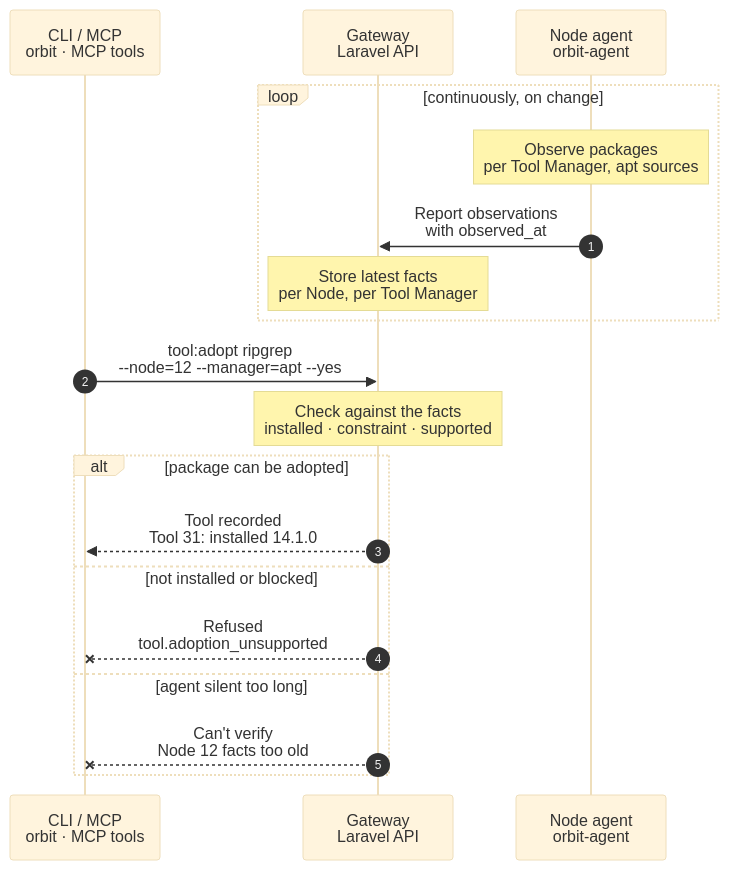
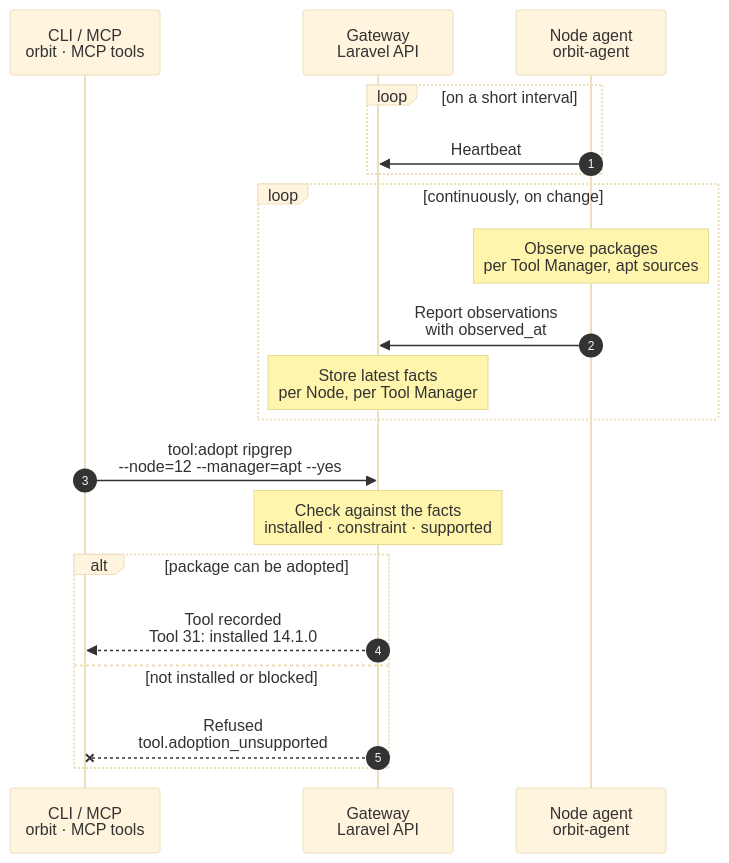
The diagram in docs/cli/tool/adopt.mmd (hardimpactdev/orbit), drawn with Mermaid (base theme) before and after one commit. The commit also changed 1 other file, not shown here.

Commit message:
docs(flows): doctor and tool:adopt report agent liveness
Nick 2026-11-02: no can't-verify branch. The agent heartbeat marks a Node
online or offline; doctor and tool:adopt always answer from Gateway state,
and mark findings possibly outdated while the agent is silent.

```diff
--- a/docs/cli/tool/adopt.mmd
+++ b/docs/cli/tool/adopt.mmd
@@ -1,64 +1,63 @@
 sequenceDiagram
-  %% Target design: Nick 2026-11-01. Like doctor: only the Node agent reads Nodes; adopt checks its latest report. No task, no Swamp run, no SSH (R1).
+  %% Target design: Nick 2026-11-01, liveness 2026-11-02. Like doctor: only the Node agent reads Nodes; adopt checks its latest report. No task, no Swamp run, no SSH (R1).
   %% status: reviewed
   %% command: tool:adopt
   %% kind: tool.adopt
   autonumber
   %% lane CLI icon=terminal pill=caller tone=gray
   %% lane GW icon=gateway pill=intent tone=blue
   %% lane A icon=server pill=observer tone=amber
   participant CLI as CLI / MCP<br/>orbit · MCP tools
   participant GW as Gateway<br/>Laravel API
   participant A as Node agent<br/>orbit-agent
+  loop on a short interval
+    A->>GW: Heartbeat
+    %%> Result:
+    %%> - the Gateway marks the Node online, or offline when heartbeats stop
+  end
   loop continuously, on change
     Note over A: Observe packages<br/>per Tool Manager, apt sources
     %%> What it observes:
     %%> - the installed packages and versions for each Tool Manager on the Node
     %%> - the apt sources and their signing keys
     %%> Runs as:
     %%> - read-only; the Node agent never changes a Node
     A->>GW: Report observations<br/>with observed_at
     %%> What it sends:
     %%> - what changed since the last report, with the time it was observed
     Note over GW: Store latest facts<br/>per Node, per Tool Manager
     %%> Result:
     %%> - the Gateway always has a recent picture of what is installed on each Node
   end
   CLI->>GW: tool:adopt ripgrep<br/>--node=12 --manager=apt --yes
   %%> Command:
   %%> - `orbit tool:adopt ripgrep --node=12 --manager=apt --yes`
   %%> - syntax: `<package> --node=ID --manager=MANAGER [--constraint=RANGE] [--repository=JSON] --yes`
   %%> What adopting means:
   %%> - Orbit takes over a package that is already installed, so it manages later updates and removal
   %%> - it installs, updates, removes and repins nothing
   %%> Confirmation:
   %%> - without `--yes`, the CLI asks "Take ownership of package ripgrep (apt on Node #12) and manage later updates and removal?"; the default is No
   Note over GW: Check against the facts<br/>installed · constraint · supported
   %%> Requirements:
   %%> - your Node has an access grant to Node 12
   %%> - Node 12's platform supports the Tool Manager
   %%> - the package isn't already a Tool on Node 12, and isn't protected (such as Caddy or PHP)
   %%> Checks in the agent's latest report:
   %%> - the package is installed, and its version fits `--constraint`
   %%> - Orbit can manage this package later (no adoption block)
   %%> - with `--repository`: the apt source and signing key on the Node match the definition
-  %%> - the report is fresh enough to trust
   alt package can be adopted
     GW-->>CLI: Tool recorded<br/>Tool 31: installed 14.1.0
     %%> Result:
     %%> - Tool 31 recorded as installed, with the observed version
     %%> - the apt repository recorded, when one was given
     %%> - the answer comes at once; there is no task to follow
+    %%> - when the agent is offline, the answer says "possibly outdated, agent silent since <time>"
   else not installed or blocked
     GW--xCLI: Refused<br/>tool.adoption_unsupported
     %%> When:
     %%> - the package isn't installed, its version is outside the constraint, or Orbit can't manage it
     %%> Result:
     %%> - nothing is recorded
-  else agent silent too long
-    GW--xCLI: Can't verify<br/>Node 12 facts too old
-    %%> When:
-    %%> - the Node agent hasn't reported recently, so the Gateway can't trust what it knows
-    %%> Result:
-    %%> - nothing is recorded; try again when the agent reports
   end
```
